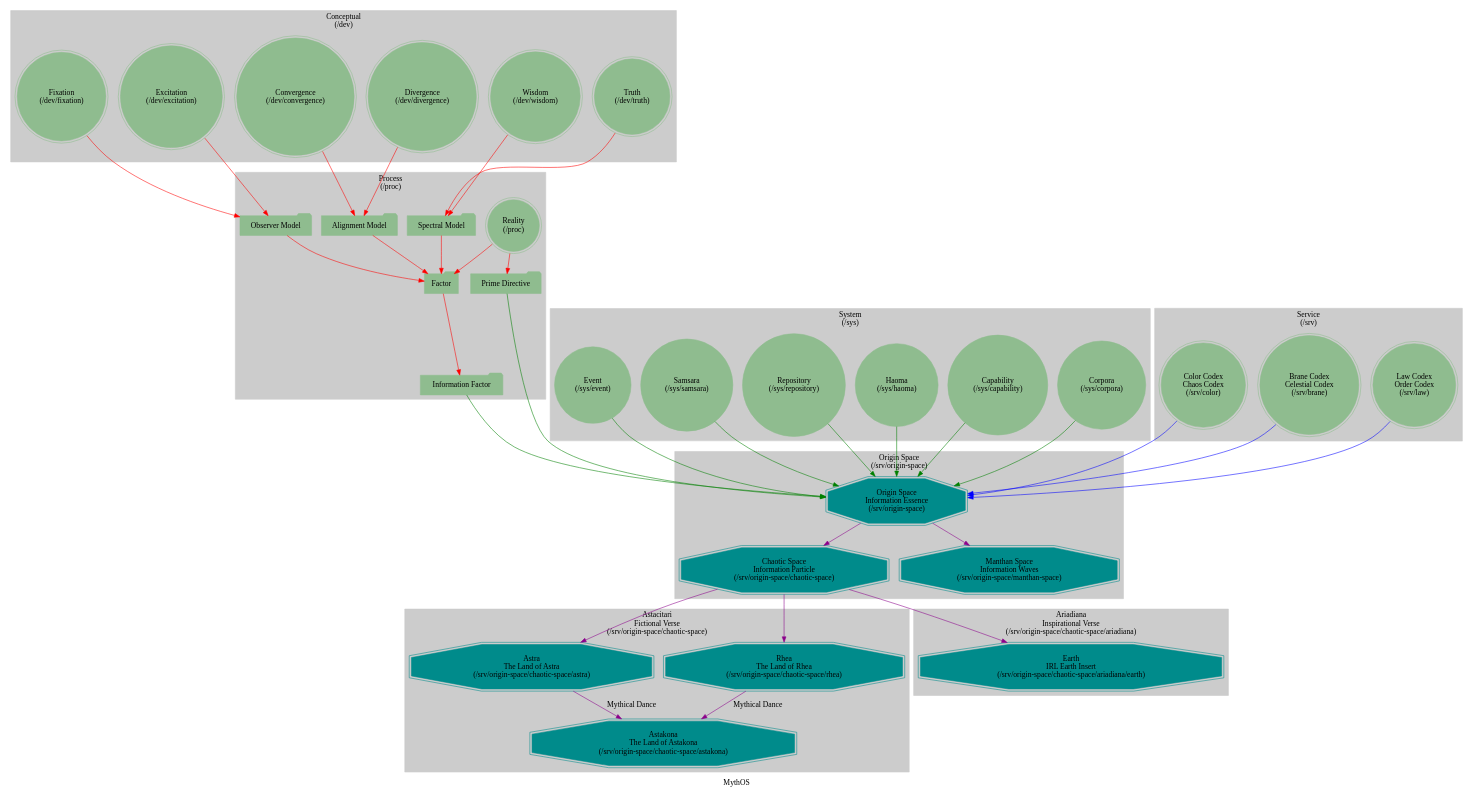
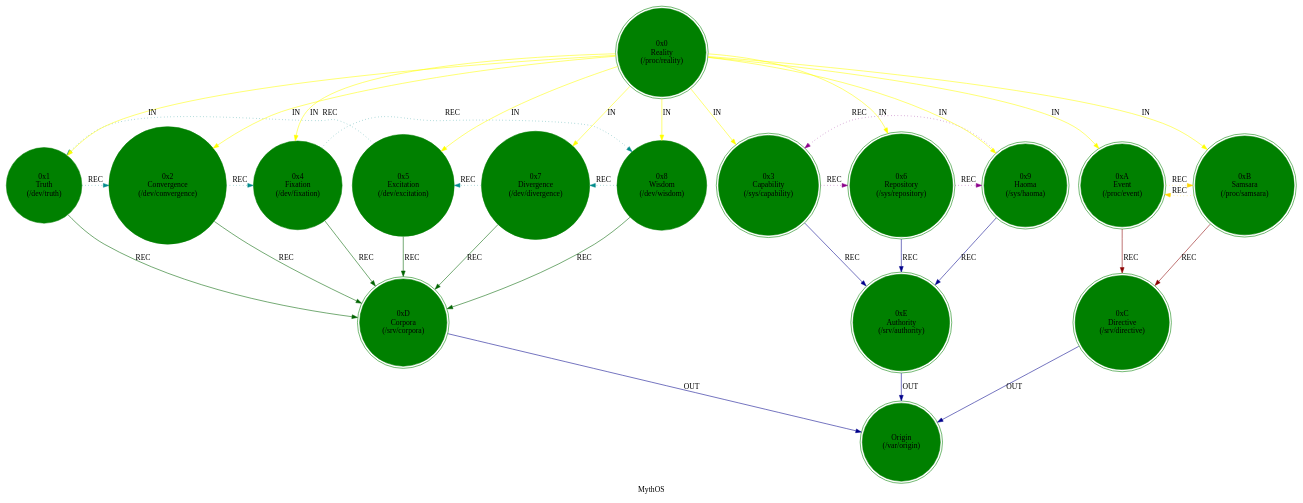
Before and after one commit to cilang/mythos: the diagram in src/core/mythos.dot, drawn with Graphviz. The commit also changed 23 other files, not shown here.

```diff
--- a/src/core/mythos.dot
+++ b/src/core/mythos.dot
@@ -1,93 +1,39 @@
 strict digraph G {
     label = "MythOS";
     style = filled;
     color = grey90;
-    root = "spark_0_t";
-    node [shape = circle; style = filled; color = darkseagreen;];
+    node [shape = circle; style = filled; color = green;];
     edge [color = darkgray;];
     
-    subgraph cluster_0 {
-        label = "Conceptual\n(/dev)";
-        style = filled;
-        color = grey80;
-        spark_a_t [label = "Fixation\n(/dev/fixation)";shape = doublecircle;];
-        spark_b_t [label = "Excitation\n(/dev/excitation)";shape = doublecircle;];
-        spark_c_t [label = "Convergence\n(/dev/convergence)";shape = doublecircle;];
-        spark_d_t [label = "Divergence\n(/dev/divergence)";shape = doublecircle;];
-        spark_e_t [label = "Wisdom\n(/dev/wisdom)";shape = doublecircle;];
-        spark_f_t [label = "Truth\n(/dev/truth)";shape = doublecircle;];
-    }
-    subgraph cluster_1 {
-        label = "Process\n(/proc)";
-        style = filled;
-        color = grey80;
-        spark_0_t [label = "Reality\n(/proc)";shape = doublecircle;];
-        observer_model_t [label = "Observer Model";shape = folder;];
-        alignment_model_t [label = "Alignment Model";shape = folder;];
-        spectral_model_t [label = "Spectral Model";shape = folder;];
-        factor_t [label = "Factor";shape = folder;];
-        prime_directive_t [label = "Prime Directive";shape = folder;];
-        information_factor_t [label = "Information Factor";shape = folder;];
-    }
-    subgraph cluster_2 {
-        label = "System\n(/sys)";
-        style = filled;
-        color = grey80;
-        spark_1_t [label = "Event\n(/sys/event)";];
-        spark_2_t [label = "Samsara\n(/sys/samsara)";];
-        spark_4_t [label = "Repository\n(/sys/repository)";];
-        spark_5_t [label = "Haoma\n(/sys/haoma)";];
-        spark_7_t [label = "Capability\n(/sys/capability)";];
-        spark_8_t [label = "Corpora\n(/sys/corpora)";];
-    }
-    subgraph cluster_3 {
-        label = "Service\n(/srv)";
-        style = filled;
-        color = grey80;
-        spark_3_t [label = "Color Codex\nChaos Codex\n(/srv/color)";shape = doublecircle;];
-        spark_9_t [label = "Brane Codex\nCelestial Codex\n(/srv/brane)";shape = doublecircle;];
-        spark_6_t [label = "Law Codex\nOrder Codex\n(/srv/law)";shape = doublecircle;];
-    }
-    subgraph cluster_4 {
-        label = "Origin Space\n(/srv/origin-space)";
-        style = filled;
-        color = grey80;
-        
-        origin_space_t [label = "Origin Space\nInformation Essence\n(/srv/origin-space)";color = silver;shape = doubleoctagon;color = darkcyan;];
-        chaotic_space_t [label = "Chaotic Space\nInformation Particle\n(/srv/origin-space/chaotic-space)";color = silver;shape = doubleoctagon;color = darkcyan;];
-        manthan_space_t [label = "Manthan Space\nInformation Waves\n(/srv/origin-space/manthan-space)";color = silver;shape = doubleoctagon;color = darkcyan;];
-    }
-    subgraph cluster_5 {
-        label = "Astacitari\nFictional Verse\n(/srv/origin-space/chaotic-space)";
-        style = filled;
-        color = grey80;
-        
-        astakona_t [label = "Astakona\nThe Land of Astakona\n(/srv/origin-space/chaotic-space/astakona)";color = silver;shape = doubleoctagon;color = darkcyan;];
-        astra_t [label = "Astra\nThe Land of Astra\n(/srv/origin-space/chaotic-space/astra)";color = silver;shape = doubleoctagon;color = darkcyan;];
-        rhea_t [label = "Rhea\nThe Land of Rhea\n(/srv/origin-space/chaotic-space/rhea)";color = silver;shape = doubleoctagon;color = darkcyan;];
-    }
-    subgraph cluster_6 {
-        label = "Ariadiana\nInspirational Verse\n(/srv/origin-space/chaotic-space/ariadiana)";
-        style = filled;
-        color = grey80;
-        
-        earth_t [label = "Earth\nIRL Earth Insert\n(/srv/origin-space/chaotic-space/ariadiana/earth)";color = silver;shape = doubleoctagon;color = darkcyan;];
-    }
+    spark_1_mythos_t [label = "0x1\nTruth\n(/dev/truth)";];
+    spark_2_mythos_t [label = "0x2\nConvergence\n(/dev/convergence)";];
+    spark_4_mythos_t [label = "0x4\nFixation\n(/dev/fixation)";];
+    spark_5_mythos_t [label = "0x5\nExcitation\n(/dev/excitation)";];
+    spark_7_mythos_t [label = "0x7\nDivergence\n(/dev/divergence)";];
+    spark_8_mythos_t [label = "0x8\nWisdom\n(/dev/wisdom)";];
+    spark_3_mythos_t [label = "0x3\nCapability\n(/sys/capability)";shape = doublecircle;];
+    spark_6_mythos_t [label = "0x6\nRepository\n(/sys/repository)";shape = doublecircle;];
+    spark_9_mythos_t [label = "0x9\nHaoma\n(/sys/haoma)";shape = doublecircle;];
+    spark_a_mythos_t [label = "0xA\nEvent\n(/proc/event)";shape = doublecircle;];
+    spark_0_mythos_t [label = "0x0\nReality\n(/proc/reality)";shape = doublecircle;];
+    spark_b_mythos_t [label = "0xB\nSamsara\n(/proc/samsara)";shape = doublecircle;];
+    spark_c_mythos_t [label = "0xC\nDirective\n(/srv/directive)";shape = doublecircle;];
+    spark_d_mythos_t [label = "0xD\nCorpora\n(/srv/corpora)";shape = doublecircle;];
+    spark_e_mythos_t [label = "0xE\nAuthority\n(/srv/authority)";shape = doublecircle;];
+    spark_f_mythos_t [label = "Origin\n(/var/origin)";shape = doublecircle;];
     
-    {spark_a_t spark_b_t} -> observer_model_t [color = red;];
-    {spark_c_t spark_d_t} -> alignment_model_t [color = red;];
-    {spark_e_t spark_f_t} -> spectral_model_t [color = red;];
+    // IN = Input
+    // OUT = Output
+    // REC = Recursion
+    spark_0_mythos_t -> {spark_a_mythos_t spark_b_mythos_t spark_1_mythos_t spark_2_mythos_t spark_3_mythos_t spark_4_mythos_t spark_5_mythos_t spark_6_mythos_t spark_7_mythos_t spark_8_mythos_t spark_9_mythos_t} [label = "IN"; color = yellow; comment = "";];
     
-    spark_0_t -> {factor_t prime_directive_t} [color = red;];
+    {spark_a_mythos_t spark_b_mythos_t} -> spark_c_mythos_t [label = "REC"; color = darkred; comment = "";];
+    {spark_1_mythos_t spark_2_mythos_t spark_4_mythos_t spark_8_mythos_t spark_7_mythos_t spark_5_mythos_t} -> spark_d_mythos_t [label = "REC"; color = darkgreen; comment = "";];
+    {spark_3_mythos_t spark_6_mythos_t spark_9_mythos_t} -> spark_e_mythos_t [label = "REC"; color = darkblue; comment = "";];
     
-    {observer_model_t alignment_model_t spectral_model_t} -> factor_t [color = red;];
+    spark_1_mythos_t -> spark_2_mythos_t -> spark_4_mythos_t -> spark_8_mythos_t -> spark_7_mythos_t -> spark_5_mythos_t -> spark_1_mythos_t [label = "REC"; color = darkcyan; comment = ""; style = dotted; constraint = false;];
+    spark_3_mythos_t -> spark_6_mythos_t -> spark_9_mythos_t -> spark_3_mythos_t [label = "REC"; color = darkmagenta; comment = ""; style = dotted; constraint = false;];
+    spark_a_mythos_t -> spark_b_mythos_t -> spark_a_mythos_t [label = "REC"; color = gold; comment = ""; style = dotted; constraint = false;];
     
-    factor_t -> information_factor_t [color = red;];
-    
-    {information_factor_t prime_directive_t spark_1_t spark_2_t spark_4_t spark_5_t spark_7_t spark_8_t} -> origin_space_t [color = green;];
-    {spark_3_t spark_6_t spark_9_t} -> origin_space_t [color = blue;];
-    origin_space_t -> {chaotic_space_t manthan_space_t} [color = darkmagenta;];
-    
-    chaotic_space_t -> {earth_t astra_t rhea_t} [color = darkmagenta;];
-    {astra_t rhea_t} -> astakona_t [label = "Mythical Dance"; color = darkmagenta;];
+    {spark_c_mythos_t spark_d_mythos_t spark_e_mythos_t} -> spark_f_mythos_t [label = "OUT"; color = darkblue; comment = "";];
 }
```
